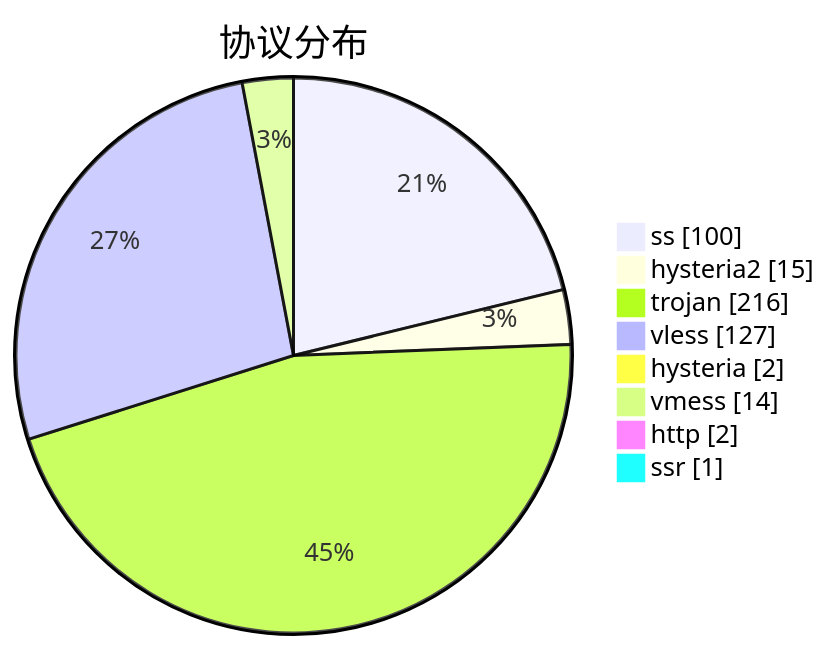
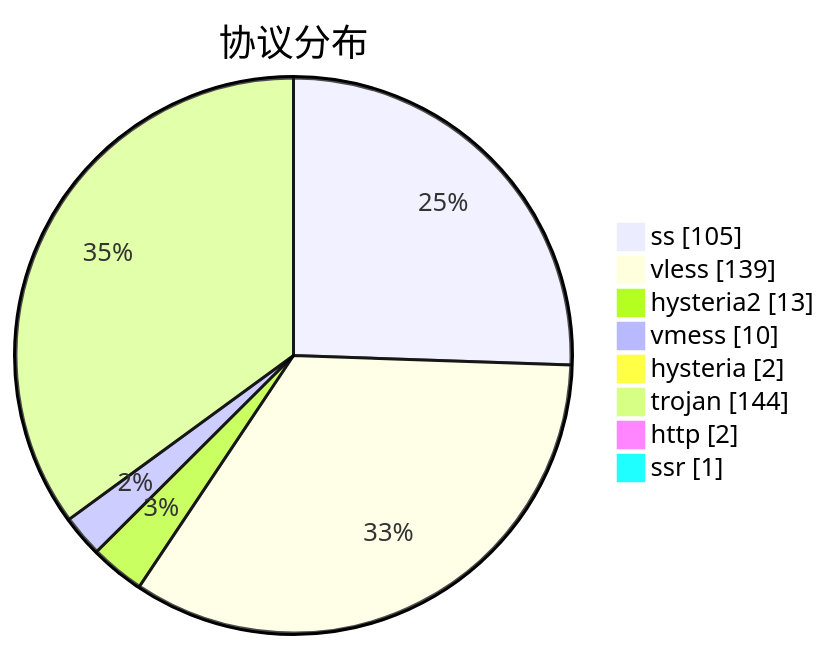
Before and after one commit to sinspired/airport: the third of 3 diagrams in subs/statistics/tested_within.md, drawn with Mermaid. The commit also changed other lines of this file and 2 other files, not shown here.

````diff
--- a/subs/statistics/tested_within.md
+++ b/subs/statistics/tested_within.md
@@ -60,12 +57,12 @@
 ```mermaid
 pie showData
 title 协议分布
-"ss" : 100
-"hysteria2" : 15
-"trojan" : 216
-"vless" : 127
+"ss" : 105
+"vless" : 139
+"hysteria2" : 13
+"vmess" : 10
 "hysteria" : 2
-"vmess" : 14
+"trojan" : 144
 "http" : 2
 "ssr" : 1
 ```
````
